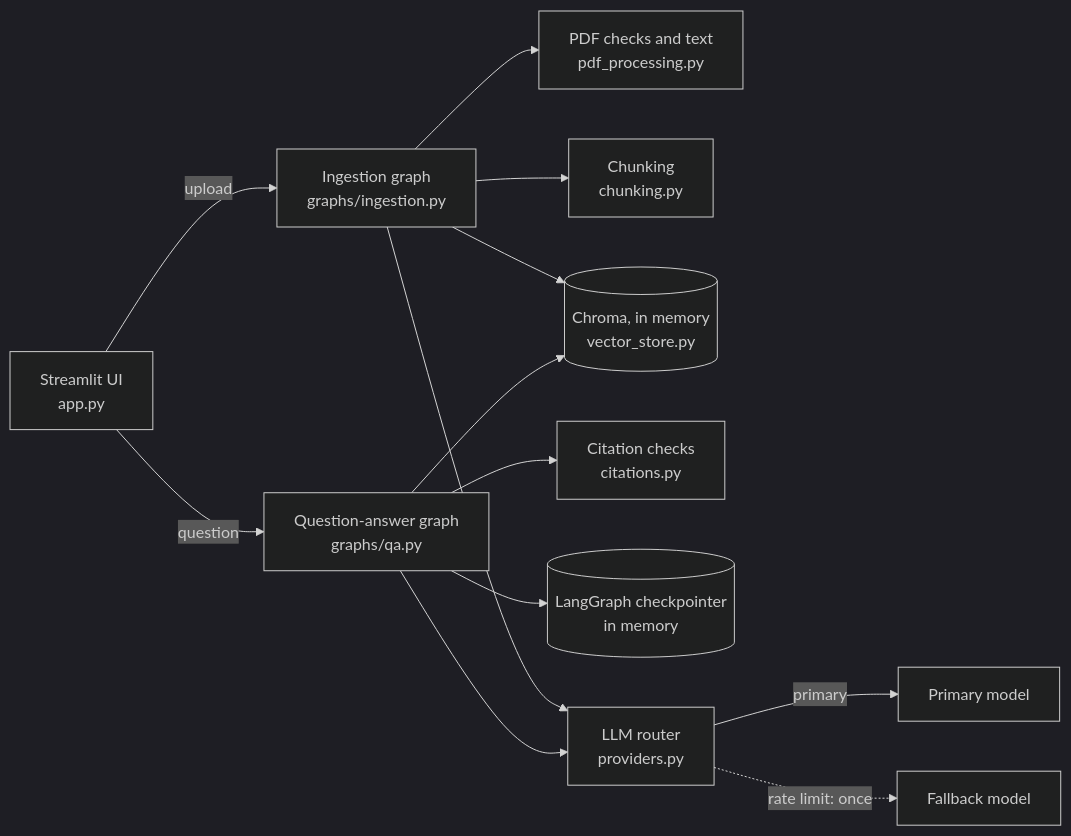
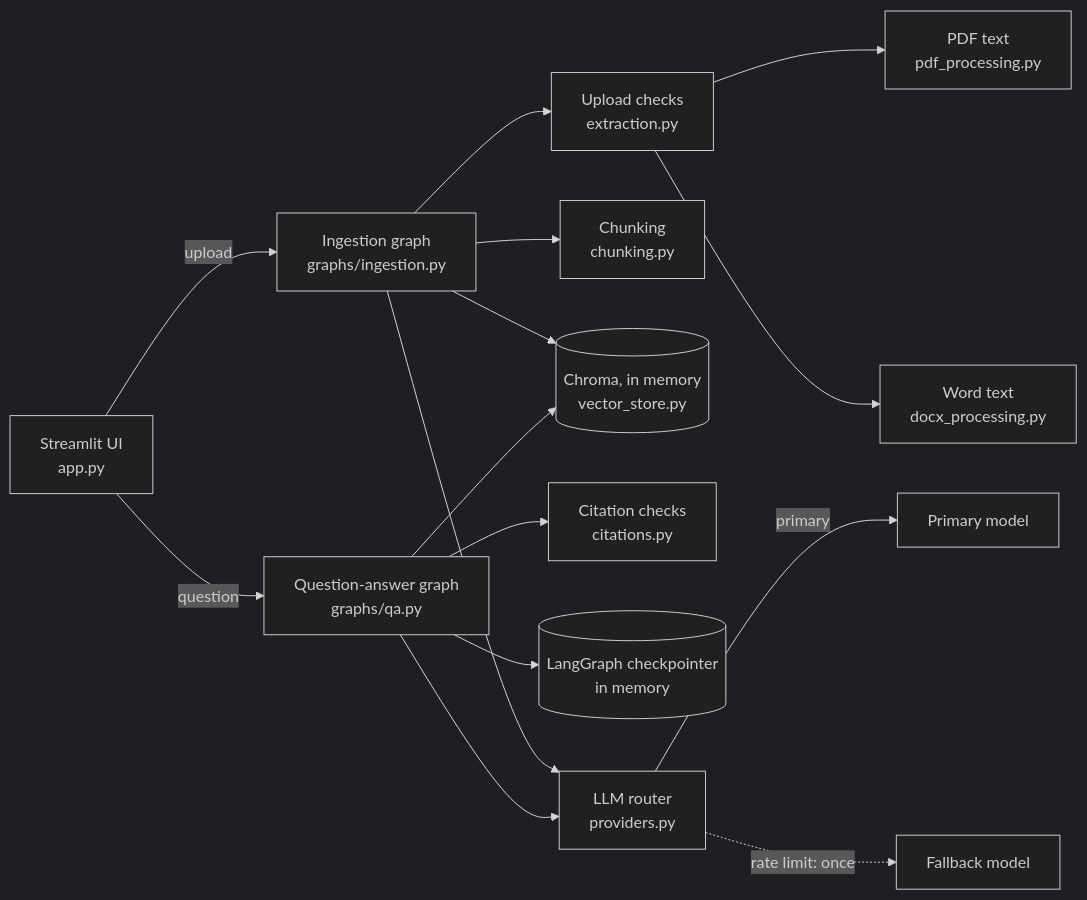
Before and after one commit to Drei010/GenAI-Chatbot: the first of 3 diagrams in docs/architecture.md, drawn with Mermaid (dark theme). The commit also changed other lines of this file and 34 other files, not shown here.

First line of the commit message:
Accept Word (.docx) documents as well as PDFs

````diff
--- a/docs/architecture.md
+++ b/docs/architecture.md
@@ -9,15 +9,17 @@
 ```mermaid
 flowchart LR
     UI["Streamlit UI<br/>app.py"] -->|upload| ING["Ingestion graph<br/>graphs/ingestion.py"]
-    ING --> PDF["PDF checks and text<br/>pdf_processing.py"]
+    ING --> EX["Upload checks<br/>extraction.py"]
+    EX --> PDF["PDF text<br/>pdf_processing.py"]
+    EX --> DOCX["Word text<br/>docx_processing.py"]
     ING --> CH["Chunking<br/>chunking.py"]
     ING --> VS[("Chroma, in memory<br/>vector_store.py")]
     UI -->|question| QA["Question-answer graph<br/>graphs/qa.py"]
     QA --> VS
     QA --> CIT["Citation checks<br/>citations.py"]
     QA --> CP[("LangGraph checkpointer<br/>in memory")]
     ING --> R["LLM router<br/>providers.py"]
     QA --> R
     R -->|"primary"| P1["Primary model"]
     R -.->|"rate limit: once"| P2["Fallback model"]
 ```
````
